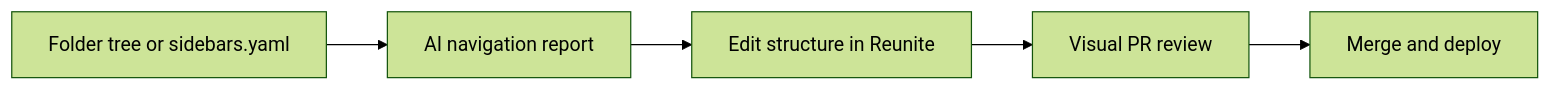
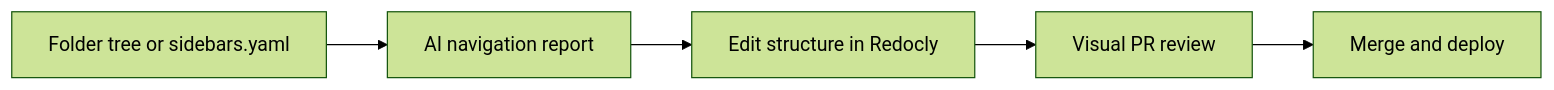
The diagram in learn/ai-for-docs/ai-review-docs-navigation-structure.md (riboflavin/redocly-site), drawn with Mermaid (forest theme) before and after one commit. The commit also changed other lines of this file and 105 other files, not shown here.

````diff
--- a/learn/ai-for-docs/ai-review-docs-navigation-structure.md
+++ b/learn/ai-for-docs/ai-review-docs-navigation-structure.md
@@ -117,7 +117,7 @@
 ```mermaid
 graph LR
   T[Folder tree or sidebars.yaml] --> A[AI navigation report]
-  A --> E[Edit structure in Reunite]
+  A --> E[Edit structure in Redocly]
   E --> V[Visual PR review]
   V --> M[Merge and deploy]
 ```
````
